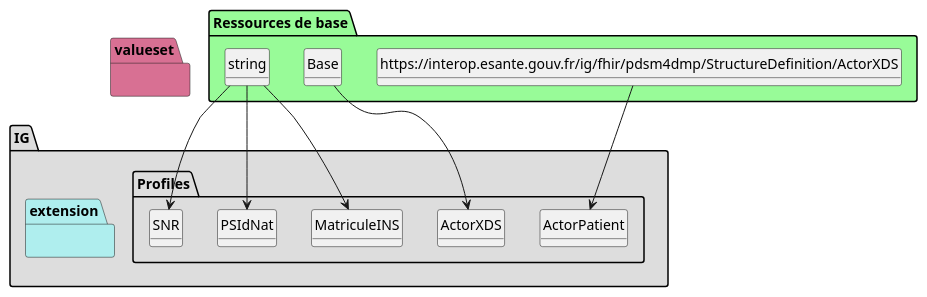
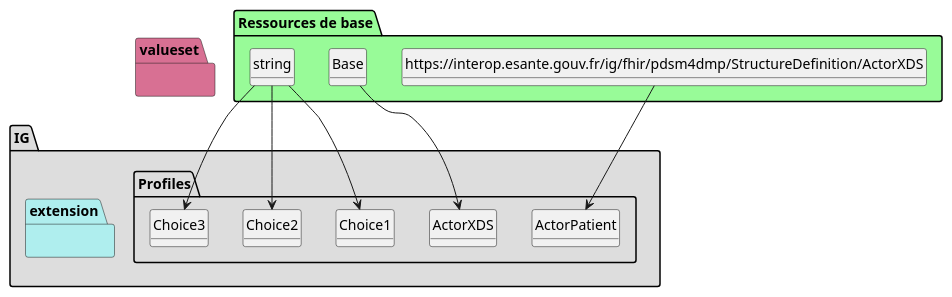
One commit to ansforge/IG-FHIR-PDSM4DMP-EEDS changed the diagram in minimal-example/plantuml/graph.puml. Above: the diagram before and after it, drawn with PlantUML. The commit also changed 154 other files, not shown here.

```diff
--- a/minimal-example/plantuml/graph.puml
+++ b/minimal-example/plantuml/graph.puml
@@ -1,65 +1,65 @@
 @startuml
 set namespaceSeparator ?
 hide circle
 hide class fields
 
 package IG #DDDDDD{
 
      package Profiles #DDDDDD{
 
         class ActorPatient{
 
              ActorPatient => [None..None]
              ActorPatient.XCN1[x] => [None..None]
         } 
 
         class ActorXDS{
 
              ActorXDS => [None..None]
              ActorXDS.XCN1[x] => [1..1]
         } 
 
-        class MatriculeINS{
+        class Choice1{
 
         } 
 
-        class PSIdNat{
+        class Choice2{
 
         } 
 
-        class SNR{
+        class Choice3{
 
          }
 
      }
      package extension #paleturquoise {
 
 
          }
      }
      package valueset #PaleVioletRed{
        }
 
 package "Ressources de base" #palegreen {
 
  class "https://interop.esante.gouv.fr/ig/fhir/pdsm4dmp/StructureDefinition/ActorXDS" as  classb1fa6044c54073490b5e2804c2a7a77e 
 
     classb1fa6044c54073490b5e2804c2a7a77e --> ActorPatient
 
  class "Base" as  class095a1b43effec73955e31e790438de49 
 
     class095a1b43effec73955e31e790438de49 --> ActorXDS
 
  class "string" as  classb45cffe084dd3d20d928bee85e7b0f21 
 
-    classb45cffe084dd3d20d928bee85e7b0f21 --> MatriculeINS
+    classb45cffe084dd3d20d928bee85e7b0f21 --> Choice1
 
  class "string" as  classb45cffe084dd3d20d928bee85e7b0f21 
 
-    classb45cffe084dd3d20d928bee85e7b0f21 --> PSIdNat
+    classb45cffe084dd3d20d928bee85e7b0f21 --> Choice2
 
  class "string" as  classb45cffe084dd3d20d928bee85e7b0f21 
 
-    classb45cffe084dd3d20d928bee85e7b0f21 --> SNR
+    classb45cffe084dd3d20d928bee85e7b0f21 --> Choice3
 }
 @enduml
```
